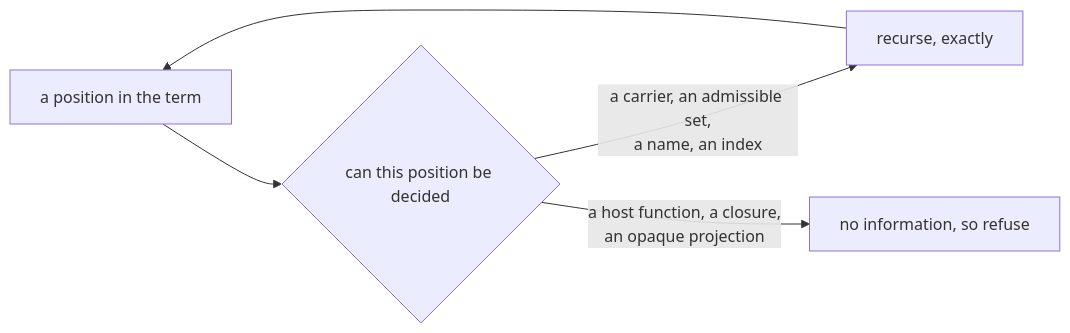
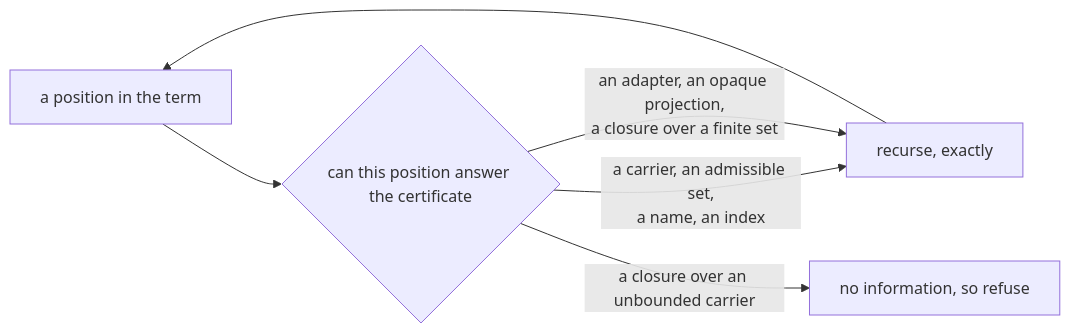
One commit to josher8a/rotorise changed the fourth of 6 diagrams in docs/architecture-v2.md. Above: the diagram before and after it, drawn with Mermaid. The commit also changed other lines of this file, not shown here.

````diff
--- a/docs/architecture-v2.md
+++ b/docs/architecture-v2.md
@@ -181,7 +199,8 @@
 ```mermaid
 flowchart LR
-  POS["a position in the term"] --> Q{"can this position be decided"}
+  POS["a position in the term"] --> Q{"can this position answer the certificate"}
   Q -- "a carrier, an admissible set,<br/>a name, an index" --> EX["recurse, exactly"]
-  Q -- "a host function, a closure,<br/>an opaque projection" --> TOP["no information, so refuse"]
+  Q -- "an adapter, an opaque projection,<br/>a closure over a finite set" --> EX
+  Q -- "a closure over an unbounded carrier" --> TOP["no information, so refuse"]
   EX --> POS
 ```
````
